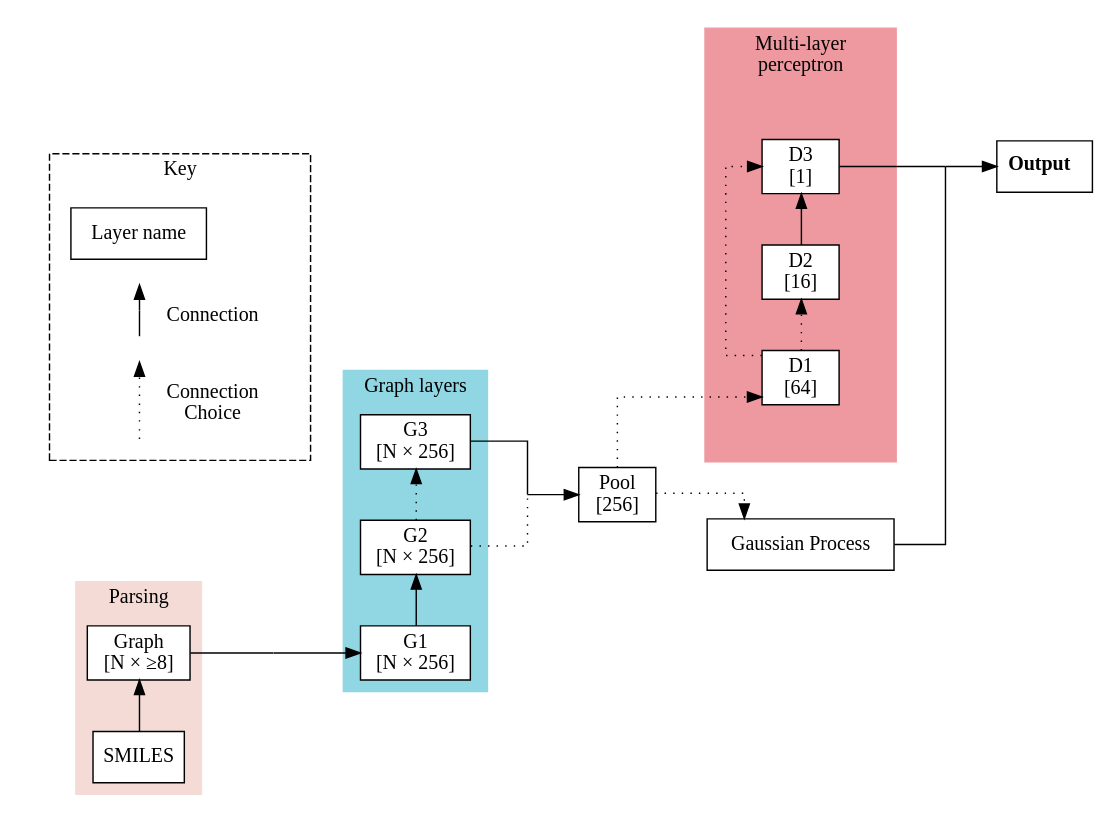
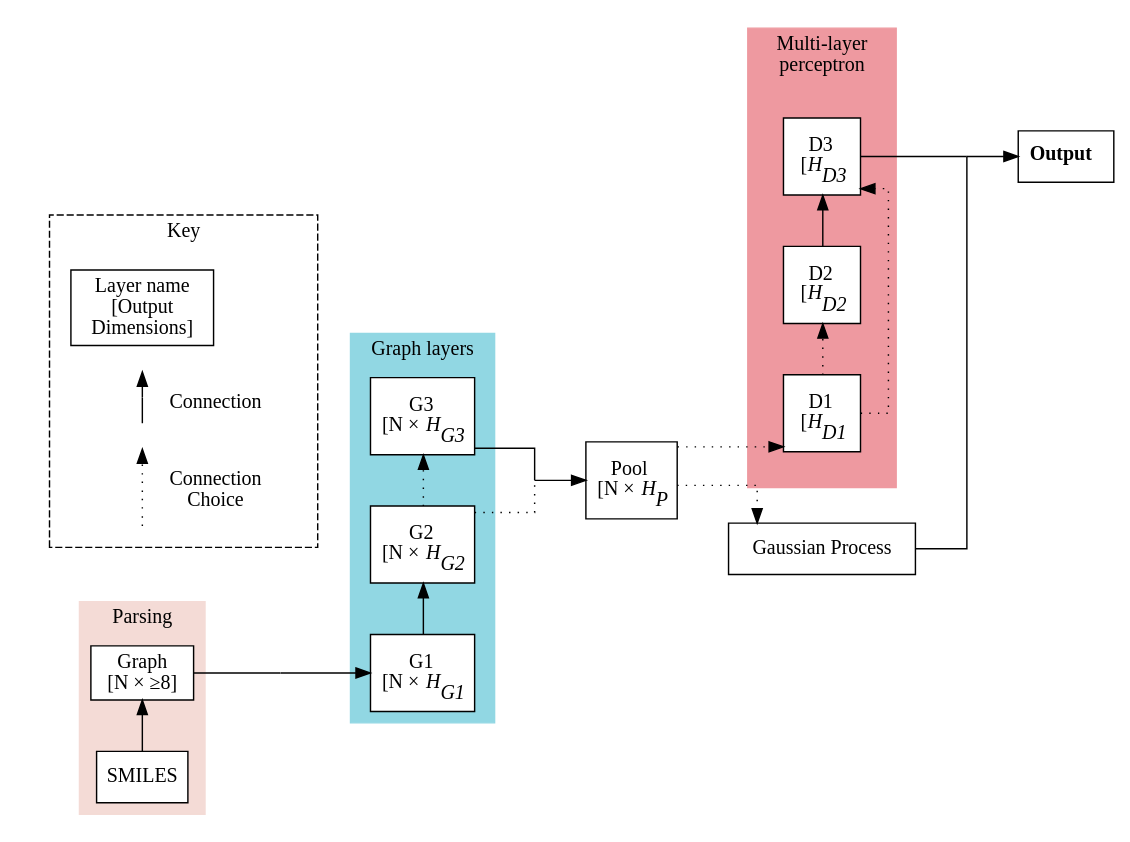
One commit to a-ws-m/CaMCaNN changed the diagram in visualisation/model_graph.dot. Above: the diagram before and after it, drawn with Graphviz.

Commit message:
Correct dimensions in model graph

```diff
--- a/visualisation/model_graph.dot
+++ b/visualisation/model_graph.dot
@@ -1,106 +1,109 @@
 digraph G {
     margin=0;
     newrank=true;
 
     graph [fontname = "Fira Sans", rankdir=LR, splines=ortho, ratio=auto];
     node [fontname = "Fira Sans", style="filled,solid", fillcolor=white, shape="box"];
     edge [fontname = "Fira Sans"];
 
     subgraph cluster_0 {
         rank="same";
         style=filled;
         margin=8;
         color="#f4dbd6";
         node [style=filled];
         edge[minlen=2];
         SMILES -> molgraph;
         label = "Parsing";
     }
 
     pre_graph[shape="point", width=0.001, height=0.001];
     
     subgraph cluster_1 {
         rank="same";
         style=filled;
         margin=8;
         color="#91d7e3";
         edge[minlen=2];
         G1 -> G2;
         G2 -> G3[style="dotted"];
         label = "Graph layers";
     }
     
     pre_pool[shape="point", width=0, height=0];
-    pool[label="Pool\n[256]", style=solid, color=black, shape=box];
     
     subgraph cluster_2 {
         rank="same";
         style=filled;
-        margin=40;
+        margin=25;
         color="#ee99a0";
         edge[minlen=2];
         D1 -> D2[style="dotted"];
         D1 -> D3[style="dotted"];
         D2 -> D3;
         label="Multi-layer\nperceptron";
     }
     
     subgraph cluster_3_margin {
         margin=15;
         style="invis";
         subgraph cluster_3 {
             style="dashed";
             label="Key";
             subgraph example_edges {
                 rank="same";
-                key[label="Layer name"];
+                key[label="Layer name\n[Output\nDimensions]"];
                 node[shape="point", width=0, height=0];
                 subgraph full_edge {
                     eg3 -> eg4[dir=none];
                     eg4 -> eg5[xlabel="    Connection"];
                 }
                 subgraph dotted_edge {
                     edge[style="dotted"];
                     eg0 -> eg1[dir=none];
                     eg1 -> eg11[dir=none];
                     eg11 -> eg2[xlabel="    Connection\n    Choice"];
                 }
             }
             dummy[style=invis, label="", width=0.3];
             key -> dummy[style=invis];
         }
     }
     
     molgraph -> pre_graph[dir=none];
     pre_graph -> G1;
     G3 -> pre_pool[dir=none];
     G2 -> pre_pool[style="dotted", dir=none];
     pre_pool -> pool;
     pool -> D1[style="dotted"];
     pool -> GP[style="dotted"];
     
     subgraph to_output{
         edge[dir=none];
         D3 -> pre_output;
         GP -> pre_output[constraint=false];
     }
 
     pre_output -> output;
 
     molgraph[label="Graph\n[N × ≥8]"];
-    G1[label="G1\n[N × 256]"];
-    G2[label="G2\n[N × 256]"];
-    G3[label="G3\n[N × 256]"];
-    
-    D1[label="D1\n[64]"];
-    D2[label="D2\n[16]"];
-    D3[label="D3\n[1]"];
+    subgraph dimension_labels {
+        G1[label=<G1<br/>[N × <i>H<sub>G1</sub></i>]>, height=0.75];
+        G2[label=<G2<br/>[N × <i>H<sub>G2</sub></i>]>, height=0.75];
+        G3[label=<G3<br/>[N × <i>H<sub>G3</sub></i>]>, height=0.75];
+
+        pool[label=<Pool<br/>[N × <i>H<sub>P</sub></i>]>, shape=box, height=0.75];
+        
+        D1[label=<D1<br/>[<i>H<sub>D1</sub></i>]>, height=0.75];
+        D2[label=<D2<br/>[<i>H<sub>D2</sub></i>]>, height=0.75];
+        D3[label=<D3<br/>[<i>H<sub>D3</sub></i>]>, height=0.75];
+    }
     
     GP[
         label="Gaussian Process",
     ];
     
     pre_output[shape="point", width=0.001, height=0.001];
     output[label=<<b>Output</b>>]
     
 }
```
